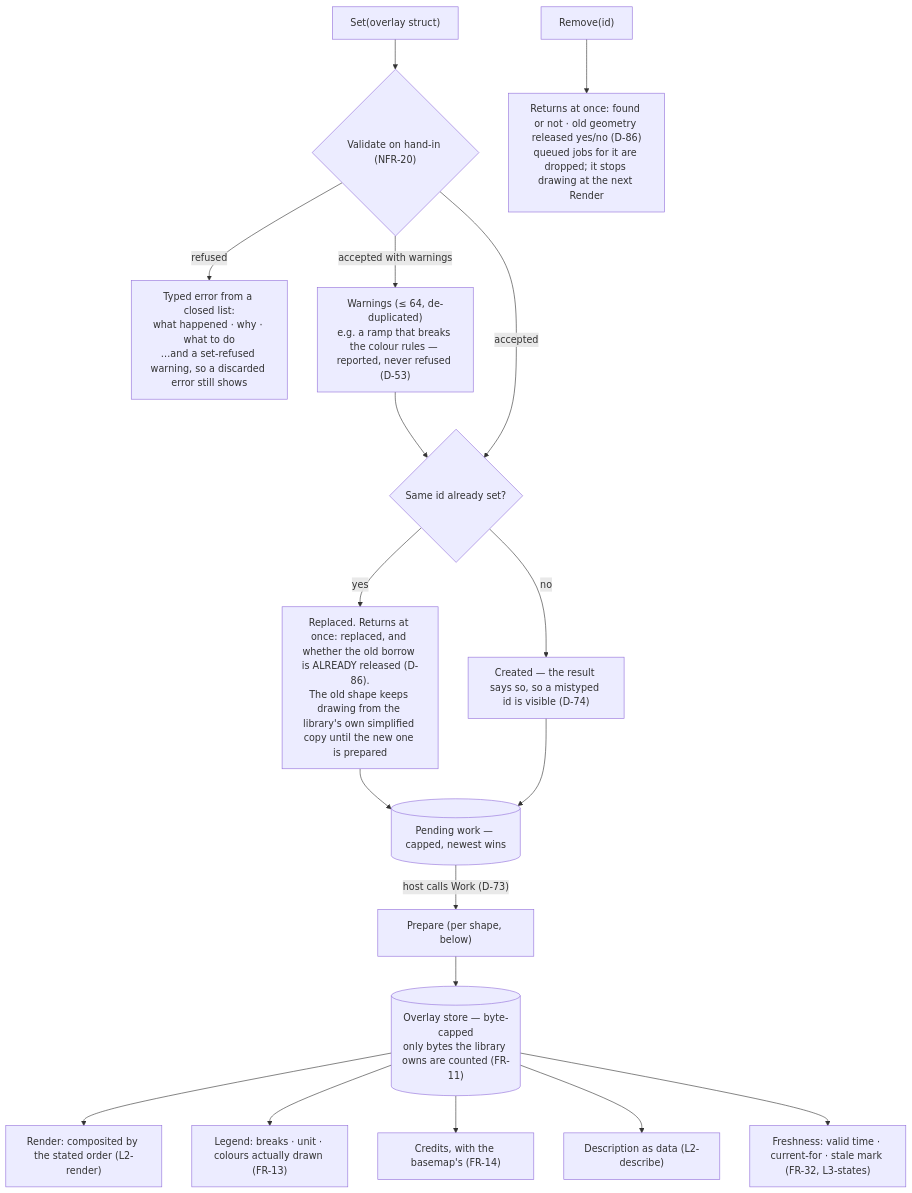
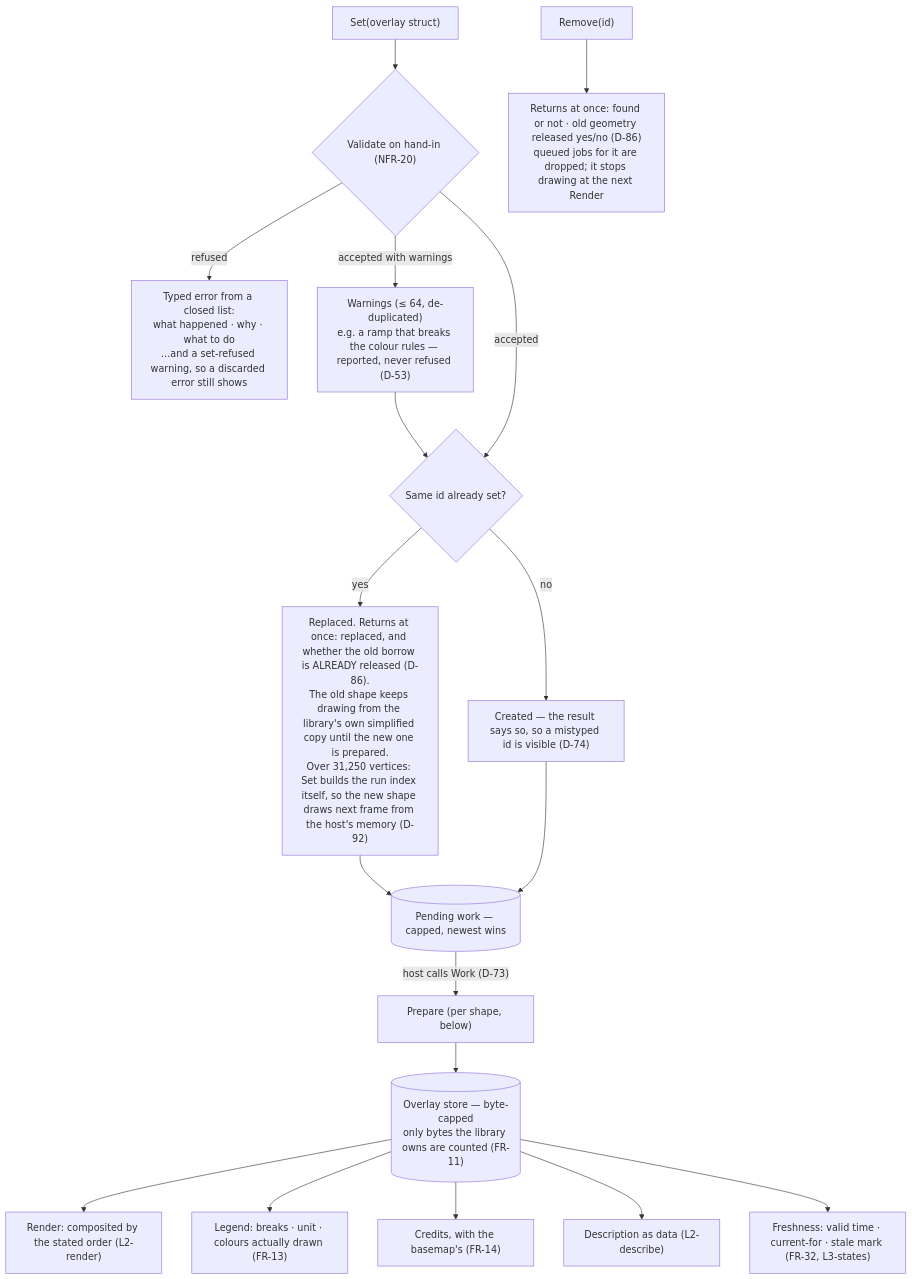
One commit to branden-thompson/go-tuimaps changed the first of 3 diagrams in 06_docs/02_features/go-tuimaps/03-architecture-design/L2-overlays.md. Above: the diagram before and after it, drawn with Mermaid. The commit also changed other lines of this file and 8 other files, not shown here.

First line of the commit message:
docs(plan): D-92 — Set indexes a very large shape itself

````diff
--- a/06_docs/02_features/go-tuimaps/03-architecture-design/L2-overlays.md
+++ b/06_docs/02_features/go-tuimaps/03-architecture-design/L2-overlays.md
@@ -9,20 +9,20 @@
 ```mermaid
 flowchart TB
     SET["Set(overlay struct)"] --> VAL{"Validate on hand-in (NFR-20)"}
     VAL -- "refused" --> ERR["Typed error from a closed list:<br/>what happened · why · what to do<br/>…and a set-refused warning, so a discarded error still shows"]
     VAL -- "accepted with warnings" --> WARN["Warnings (≤ 64, de-duplicated)<br/>e.g. a ramp that breaks the colour rules — reported, never refused (D-53)"]
     WARN --> REPL
     RM["Remove(id)"] --> RMR["Returns at once: found or not · old geometry released yes/no (D-86)<br/>queued jobs for it are dropped; it stops drawing at the next Render"]
     VAL -- "accepted" --> REPL{"Same id already set?"}
-    REPL -- yes --> OLD["Replaced. Returns at once: replaced, and whether the old borrow is ALREADY released (D-86).<br/>The old shape keeps drawing from the library's own simplified copy until the new one is prepared"]
+    REPL -- yes --> OLD["Replaced. Returns at once: replaced, and whether the old borrow is ALREADY released (D-86).<br/>The old shape keeps drawing from the library's own simplified copy until the new one is prepared.<br/>Over 31,250 vertices: Set builds the run index itself, so the new shape draws next frame from the host's memory (D-92)"]
     REPL -- no --> NEW["Created — the result says so, so a mistyped id is visible (D-74)"]
     OLD --> Q
     NEW --> Q
     Q[("Pending work — capped, newest wins")] -- "host calls Work (D-73)" --> PREP["Prepare (per shape, below)"]
     PREP --> STORE[("Overlay store — byte-capped<br/>only bytes the library owns are counted (FR-11)")]
     STORE --> DRAW["Render: composited by the stated order (L2-render)"]
     STORE --> LEG["Legend: breaks · unit · colours actually drawn (FR-13)"]
     STORE --> CRED["Credits, with the basemap's (FR-14)"]
     STORE --> DESC["Description as data (L2-describe)"]
     STORE --> FRESH["Freshness: valid time · current-for · stale mark (FR-32, L3-states)"]
 ```
````
